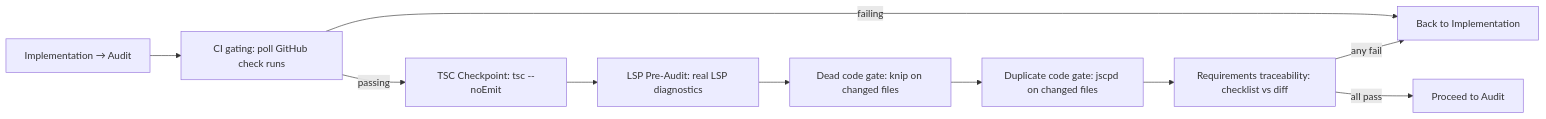
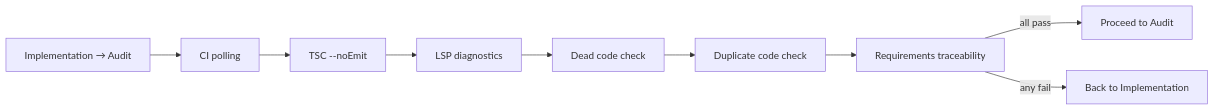
The diagram in docs/extensions/supervisor.md (SchneiderDaniel/cheasee-pi), drawn with Mermaid before and after one commit. The commit also changed other lines of this file, not shown here.

````diff
--- a/docs/extensions/supervisor.md
+++ b/docs/extensions/supervisor.md
@@ -151,12 +126,11 @@
 ```mermaid
 flowchart LR
-    A[Implementation → Audit] --> B[CI gating: poll GitHub check runs]
-    B -- failing --> C[Back to Implementation]
-    B -- passing --> D[TSC Checkpoint: tsc --noEmit]
-    D --> E[LSP Pre-Audit: real LSP diagnostics]
-    E --> F[Dead code gate: knip on changed files]
-    F --> G[Duplicate code gate: jscpd on changed files]
-    G --> H[Requirements traceability: checklist vs diff]
-    H -- all pass --> I[Proceed to Audit]
-    H -- any fail --> C
+    A[Implementation → Audit] --> B[CI polling]
+    B --> C[TSC --noEmit]
+    C --> D[LSP diagnostics]
+    D --> E[Dead code check]
+    E --> F[Duplicate code check]
+    F --> G[Requirements traceability]
+    G -- all pass --> H[Proceed to Audit]
+    G -- any fail --> I[Back to Implementation]
 ```
````
